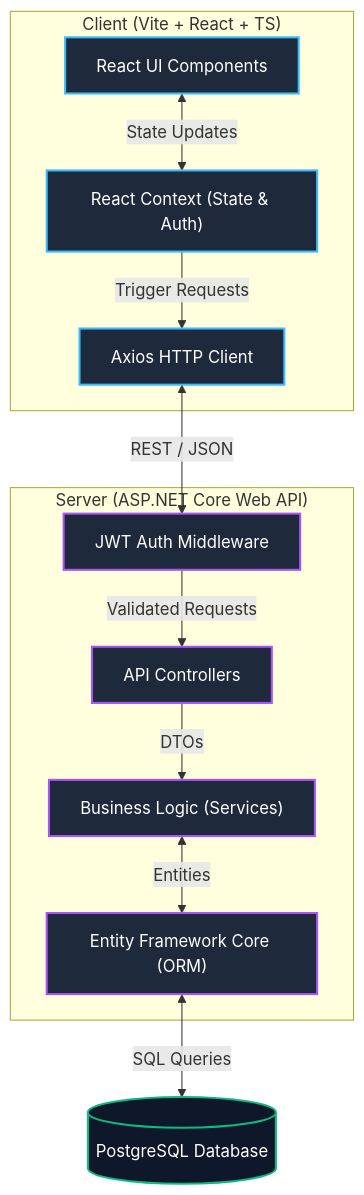
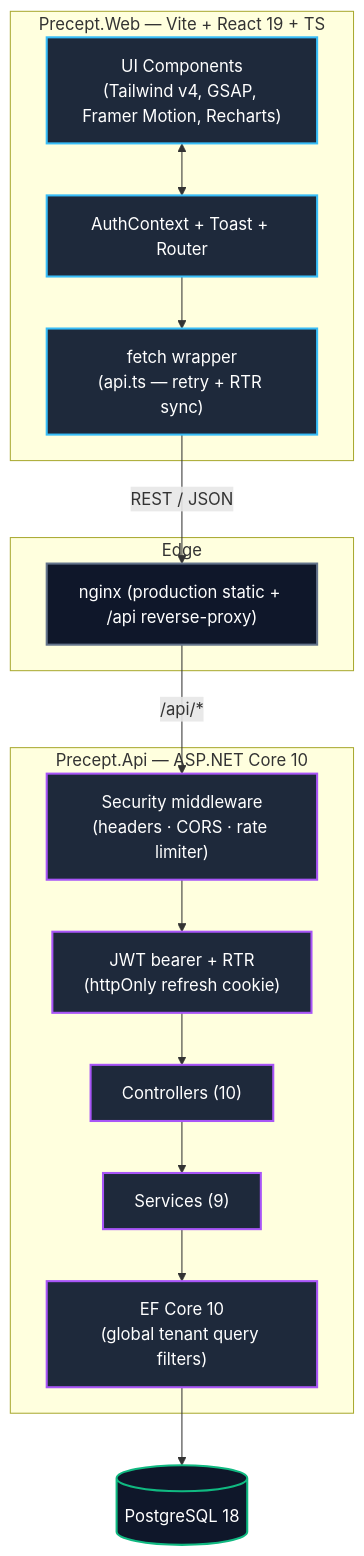
Before and after one commit to austinchima/Precept: the first of 2 diagrams in README.md, drawn with Mermaid. The commit also changed other lines of this file and 1 other file, not shown here.

````diff
--- a/README.md
+++ b/README.md
@@ -38,34 +70,37 @@
 ```mermaid
 graph TD
-    %% Define Styles
     classDef frontend fill:#1E293B,stroke:#38BDF8,stroke-width:2px,color:#fff;
-    classDef backend fill:#1E293B,stroke:#A855F7,stroke-width:2px,color:#fff;
+    classDef backend  fill:#1E293B,stroke:#A855F7,stroke-width:2px,color:#fff;
     classDef database fill:#0F172A,stroke:#10B981,stroke-width:2px,color:#fff;
-    classDef external fill:#0F172A,stroke:#64748B,stroke-width:2px,color:#fff,stroke-dasharray: 5 5;
+    classDef edge     fill:#0F172A,stroke:#64748B,stroke-width:2px,color:#fff;
 
-    %% Nodes
-    subgraph Client ["Client (Vite + React + TS)"]
-        UI["React UI Components"]:::frontend
-        Context["React Context (State & Auth)"]:::frontend
-        API_Client["Axios HTTP Client"]:::frontend
+    subgraph Client ["Precept.Web — Vite + React 19 + TS"]
+        UI["UI Components<br/>(Tailwind v4, GSAP, Framer Motion, Recharts)"]:::frontend
+        Ctx["AuthContext + Toast + Router"]:::frontend
+        HTTP["fetch wrapper<br/>(api.ts — retry + RTR sync)"]:::frontend
     end
 
-    subgraph Server ["Server (ASP.NET Core Web API)"]
-        Auth["JWT Auth Middleware"]:::backend
-        Controllers["API Controllers"]:::backend
-        Services["Business Logic (Services)"]:::backend
-        EFCore["Entity Framework Core (ORM)"]:::backend
+    subgraph Edge ["Edge"]
+        NG["nginx (production static + /api reverse-proxy)"]:::edge
     end
 
-    DB[("PostgreSQL Database")]:::database
+    subgraph Server ["Precept.Api — ASP.NET Core 10"]
+        SEC["Security middleware<br/>(headers · CORS · rate limiter)"]:::backend
+        AUTH["JWT bearer + RTR<br/>(httpOnly refresh cookie)"]:::backend
+        CTRL["Controllers (10)"]:::backend
+        SVC["Services (9)"]:::backend
+        EF["EF Core 10<br/>(global tenant query filters)"]:::backend
+    end
 
-    %% Connections
-    UI <-->|State Updates| Context
-    Context -->|Trigger Requests| API_Client
-    API_Client <-->|REST / JSON| Auth
+    DB[("PostgreSQL 18")]:::database
 
-    Auth -->|Validated Requests| Controllers
-    Controllers -->|DTOs| Services
-    Services <-->|Entities| EFCore
-    EFCore <-->|SQL Queries| DB
+    UI <--> Ctx
+    Ctx --> HTTP
+    HTTP -->|REST / JSON| NG
+    NG -->|/api/*| SEC
+    SEC --> AUTH
+    AUTH --> CTRL
+    CTRL --> SVC
+    SVC --> EF
+    EF --> DB
 ```
````
